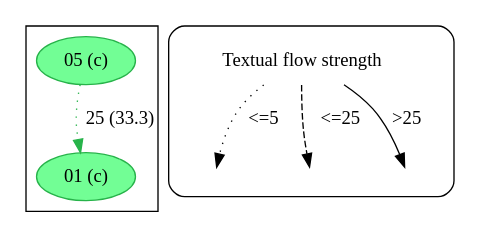
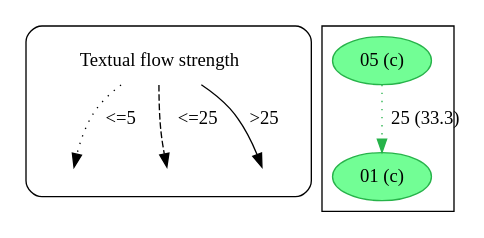
Before and after one commit to edmondac/CBGM: the diagram in example/c499/textual_flow_22_20_c499_c.dot, drawn with Graphviz. The commit also changed other lines of this file and 800 other files, not shown here.

```diff
--- a/example/c499/textual_flow_22_20_c499_c.dot
+++ b/example/c499/textual_flow_22_20_c499_c.dot
@@ -1,39 +1,39 @@
 strict digraph  {
 	node [label="\N"];
-	subgraph cluster_reading {
-		05		 [color="#27b34a",
-			fillcolor="#72FE95",
-			label="05 (c)",
-			style=filled];
-		01		 [color="#27b34a",
-			fillcolor="#72FE95",
-			label="01 (c)",
-			style=filled];
-		05 -> 01		 [color="#27b34a",
-			label="25 (33.3)",
-			style=dotted];
-	}
 	subgraph cluster_legend {
 		graph [style=rounded];
 		leg_s		 [label="Textual flow strength",
 			shape=plaintext];
 		leg_e1		 [fixedsize=True,
 			height=0.2,
 			label="",
 			style=invis];
 		leg_s -> leg_e1		 [label="<=5  ",
 			style=dotted];
 		leg_e2		 [fixedsize=True,
 			height=0.2,
 			label="",
 			style=invis];
 		leg_s -> leg_e2		 [label="  <=25",
 			style=dashed];
 		leg_e3		 [fixedsize=True,
 			height=0.2,
 			label="",
 			style=invis];
 		leg_s -> leg_e3		 [label=">25",
 			style=solid];
 	}
+	subgraph cluster_reading {
+		05		 [color="#27b34a",
+			fillcolor="#72FE95",
+			label="05 (c)",
+			style=filled];
+		01		 [color="#27b34a",
+			fillcolor="#72FE95",
+			label="01 (c)",
+			style=filled];
+		05 -> 01		 [color="#27b34a",
+			label="25 (33.3)",
+			style=dotted];
+	}
 }
```
